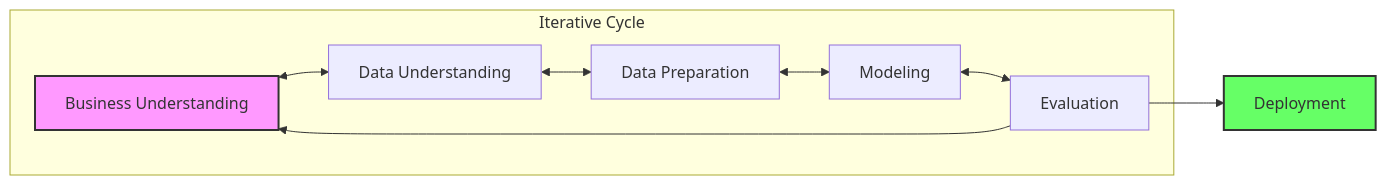
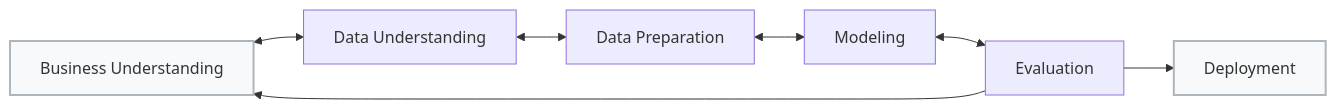
One commit to susanavenda/data_cambridge changed the first of 11 diagrams in README.md. Above: the diagram before and after it, drawn with Mermaid. The commit also changed other lines of this file, not shown here.

````diff
--- a/README.md
+++ b/README.md
@@ -24,14 +24,12 @@
 ```mermaid
 graph LR
-    subgraph Iterative Cycle
     BU[Business Understanding] <--> DU[Data Understanding]
     DU <--> DP[Data Preparation]
     DP <--> M[Modeling]
     M <--> E[Evaluation]
     E --> BU
-    end
     E --> D[Deployment]
-    style BU fill:#f9f,stroke:#333,stroke-width:2px
-    style D fill:#6f6,stroke:#333,stroke-width:2px
+    style BU fill:#f8f9fa,stroke:#adb5bd,stroke-width:2px
+    style D fill:#f8f9fa,stroke:#adb5bd,stroke-width:2px
 
 ```
````
